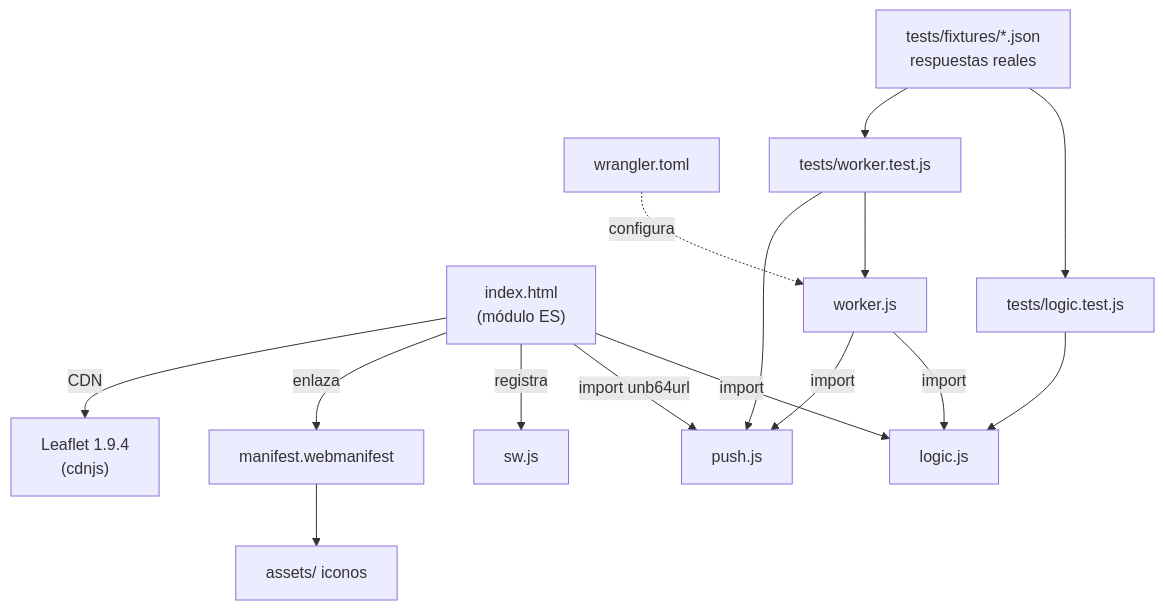
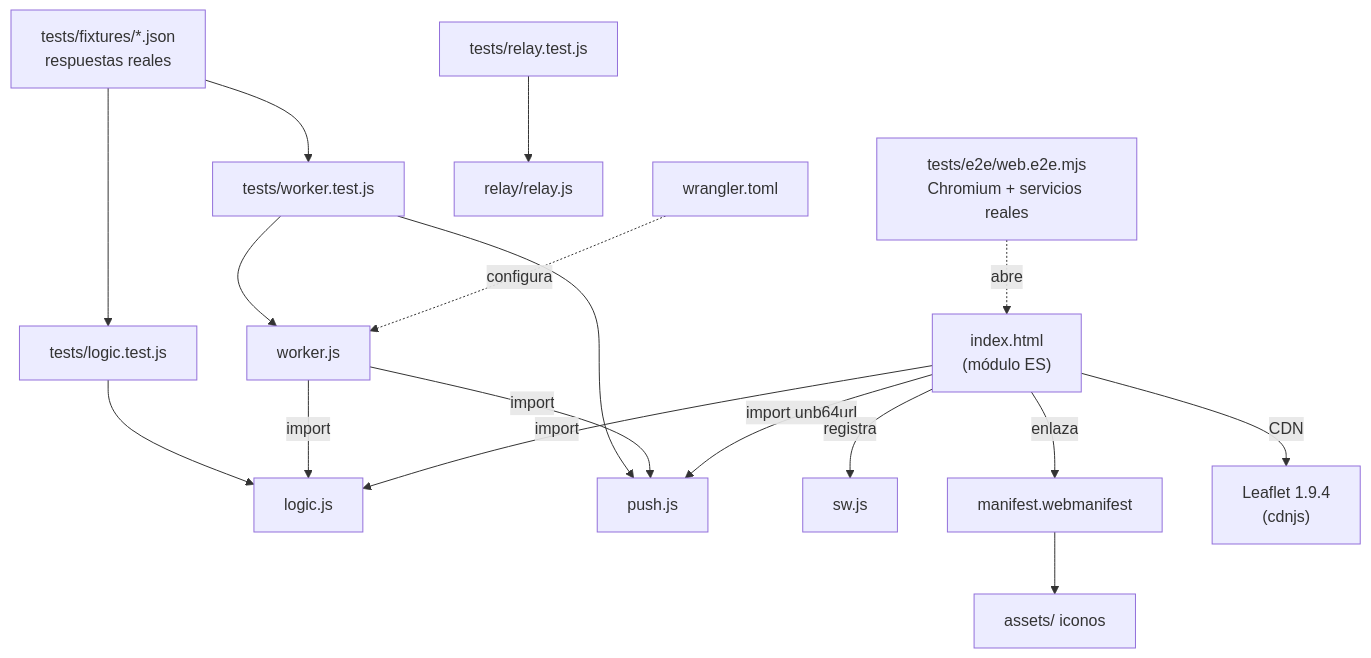
Before and after one commit to serbenda/marquesina: the third of 33 diagrams in docs/REFERENCIA.md, drawn with Mermaid. The commit also changed other lines of this file and 19 other files, not shown here.

````diff
--- a/docs/REFERENCIA.md
+++ b/docs/REFERENCIA.md
@@ -100,19 +100,21 @@
 ```mermaid
 flowchart TB
   IDX["index.html<br/>(módulo ES)"] -- import --> LOG["logic.js"]
   IDX -- "import unb64url" --> PUSH["push.js"]
   IDX -- "registra" --> SW["sw.js"]
   IDX -- "enlaza" --> MAN["manifest.webmanifest"]
   MAN --> ASS["assets/ iconos"]
   IDX -- "CDN" --> LEAF["Leaflet 1.9.4<br/>(cdnjs)"]
 
   WRK["worker.js"] -- import --> LOG
   WRK -- import --> PUSH
   WT["wrangler.toml"] -. "configura" .-> WRK
 
   T1["tests/logic.test.js"] --> LOG
   T2["tests/worker.test.js"] --> WRK
   T2 --> PUSH
+  T3["tests/relay.test.js"] --> RL["relay/relay.js"]
   FX["tests/fixtures/*.json<br/>respuestas reales"] --> T1
   FX --> T2
+  E2E["tests/e2e/web.e2e.mjs<br/>Chromium + servicios reales"] -. "abre" .-> IDX
 ```
````
